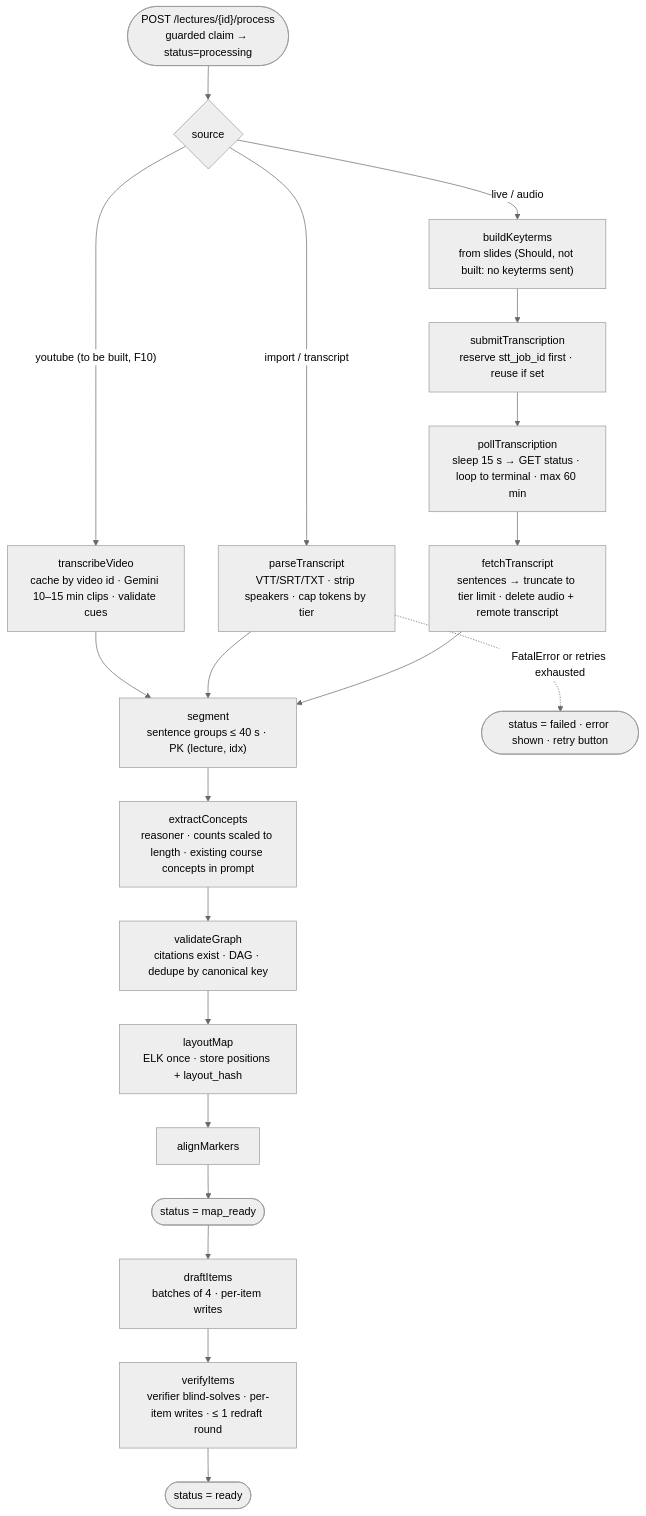
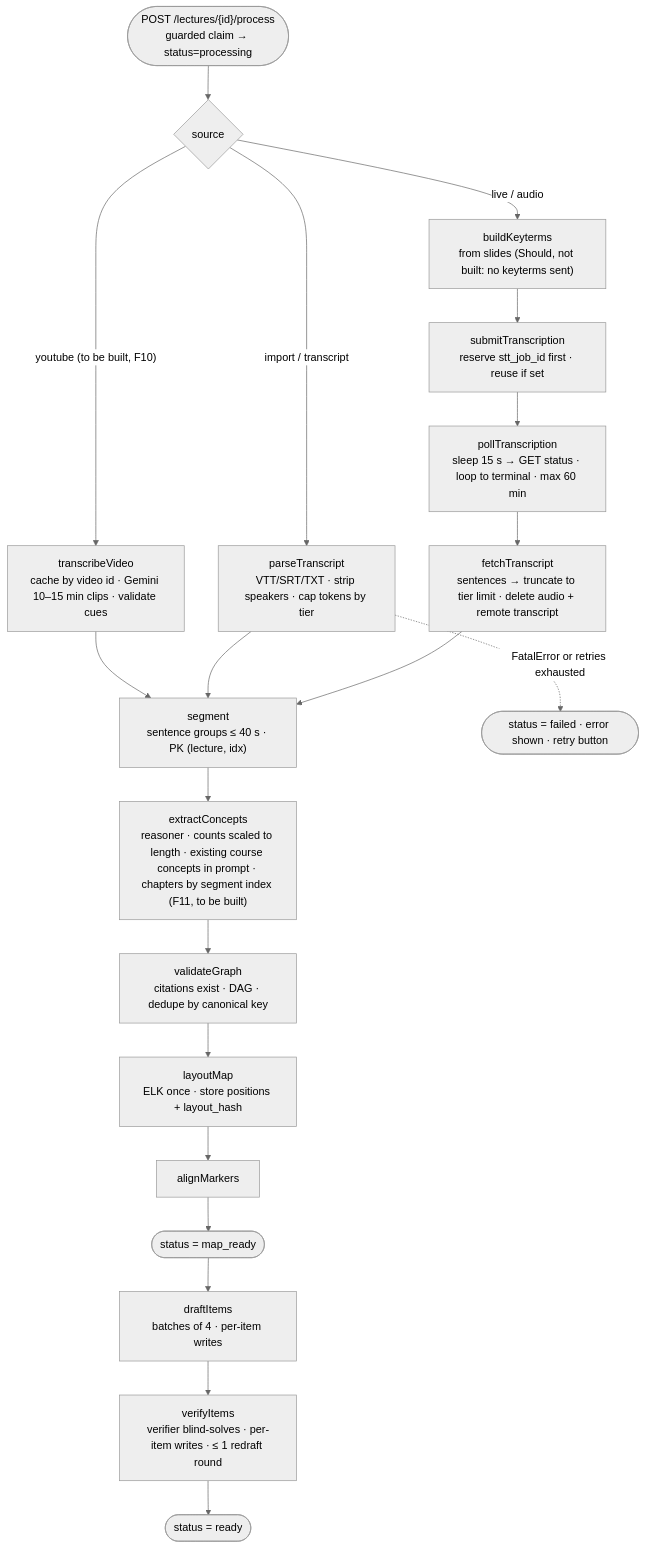
Before and after one commit to adamchok/Lectheo: the fourth of 6 diagrams in docs/Lectheo Architecture.md, drawn with Mermaid (neutral theme). The commit also changed other lines of this file and 6 other files, not shown here.

````diff
--- a/docs/Lectheo Architecture.md
+++ b/docs/Lectheo Architecture.md
@@ -201,22 +201,22 @@
 ```mermaid
 flowchart TD
     start(["POST /lectures/{id}/process<br/>guarded claim → status=processing"]) --> src{"source"}
     src -- "youtube (to be built, F10)" --> tv["transcribeVideo<br/>cache by video id · Gemini 10–15 min clips · validate cues"]
     tv --> seg
     src -- "import / transcript" --> pt["parseTranscript<br/>VTT/SRT/TXT · strip speakers · cap tokens by tier"]
     src -- "live / audio" --> kt["buildKeyterms<br/>from slides (Should, not built: no keyterms sent)"]
     kt --> sub["submitTranscription<br/>reserve stt_job_id first · reuse if set"]
     sub --> poll["pollTranscription<br/>sleep 15 s → GET status · loop to terminal · max 60 min"]
     poll --> fetch["fetchTranscript<br/>sentences → truncate to tier limit · delete audio + remote transcript"]
     pt --> seg["segment<br/>sentence groups ≤ 40 s · PK (lecture, idx)"]
     fetch --> seg
-    seg --> ex["extractConcepts<br/>reasoner · counts scaled to length · existing course concepts in prompt"]
+    seg --> ex["extractConcepts<br/>reasoner · counts scaled to length · existing course concepts in prompt · chapters by segment index (F11, to be built)"]
     ex --> vg["validateGraph<br/>citations exist · DAG · dedupe by canonical key"]
     vg --> lay["layoutMap<br/>ELK once · store positions + layout_hash"]
     lay --> al["alignMarkers"]
     al --> mr(["status = map_ready"])
     mr --> dr["draftItems<br/>batches of 4 · per-item writes"]
     dr --> vf["verifyItems<br/>verifier blind-solves · per-item writes · ≤ 1 redraft round"]
     vf --> done(["status = ready"])
     pt -. "FatalError or retries exhausted" .-> fail(["status = failed · error shown · retry button"])
 ```
````
